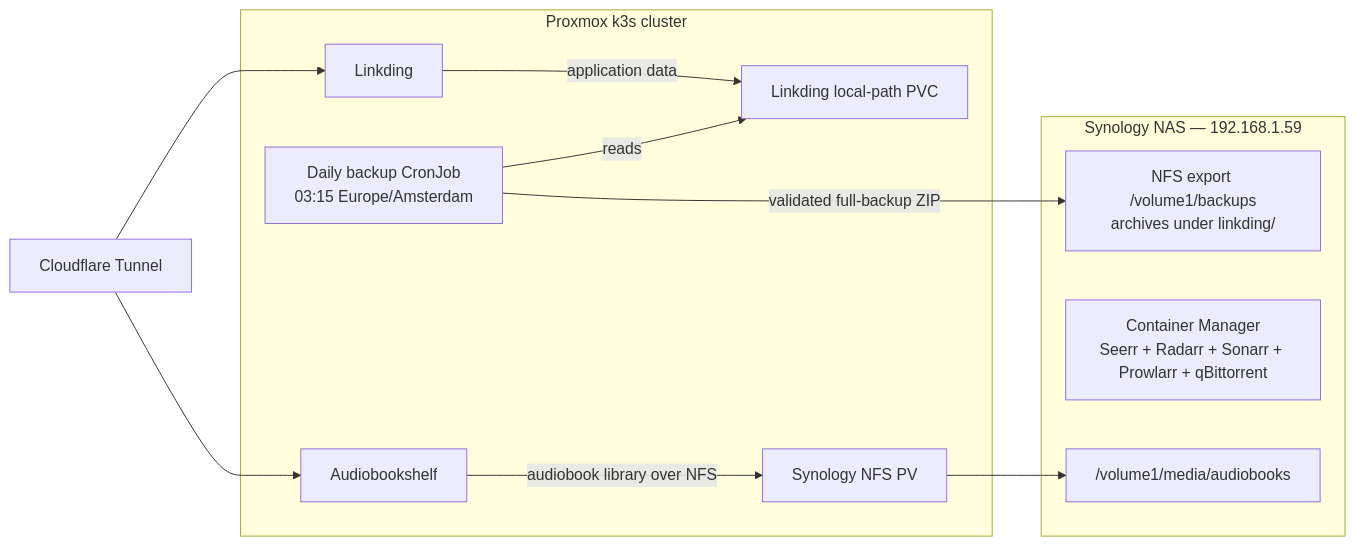
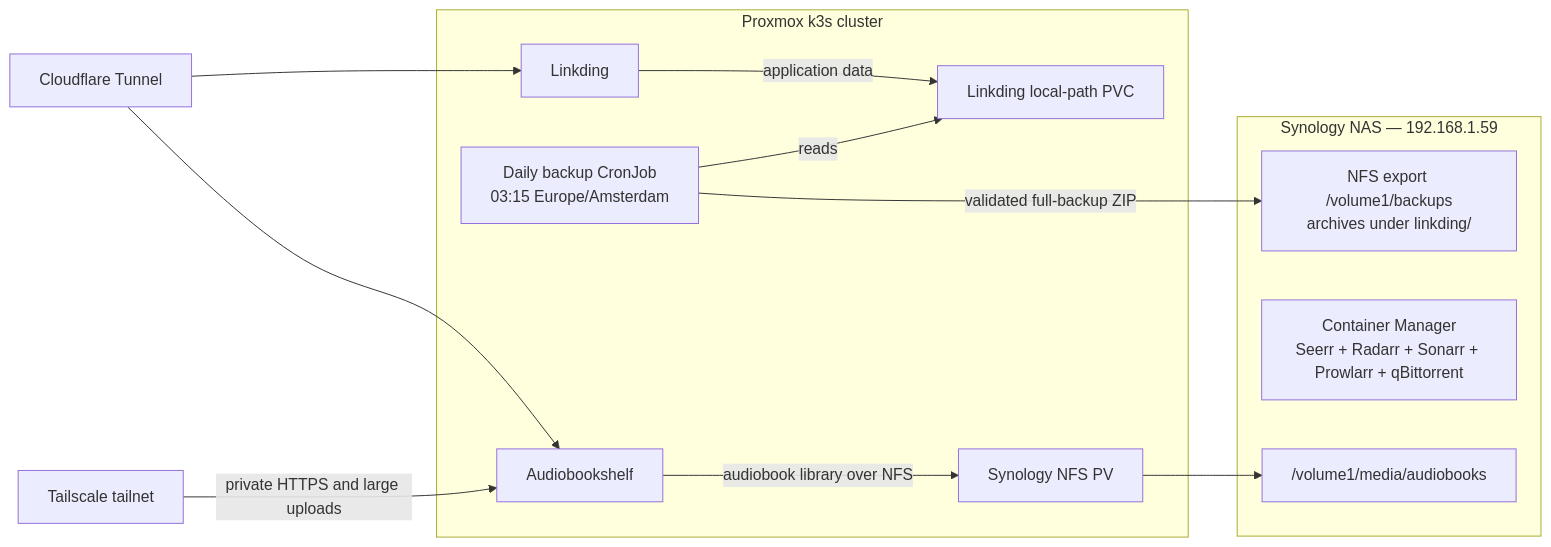
Before and after one commit to vitaly-guzun/raspberry-pi-cluster: the second of 2 diagrams in README.md, drawn with Mermaid. The commit also changed other lines of this file, not shown here.

Commit message:
docs: document private Audiobookshelf access

````diff
--- a/README.md
+++ b/README.md
@@ -71,21 +72,23 @@
 ```mermaid
 flowchart LR
     Cloudflare["Cloudflare Tunnel"]
+    Tailscale["Tailscale tailnet"]
 
     subgraph K3s["Proxmox k3s cluster"]
         Linkding["Linkding"] -->|"application data"| LinkdingPVC["Linkding local-path PVC"]
         Backup["Daily backup CronJob<br/>03:15 Europe/Amsterdam"] -->|"reads"| LinkdingPVC
         Audiobookshelf["Audiobookshelf"] -->|"audiobook library over NFS"| AudiobooksNFS["Synology NFS PV"]
     end
 
     subgraph NAS["Synology NAS — 192.168.1.59"]
         NFS["NFS export /volume1/backups<br/>archives under linkding/"]
         Media["Container Manager<br/>Seerr + Radarr + Sonarr + Prowlarr + qBittorrent"]
         Audiobooks["/volume1/media/audiobooks"]
     end
 
     Cloudflare --> Linkding
     Cloudflare --> Audiobookshelf
+    Tailscale -->|"private HTTPS and large uploads"| Audiobookshelf
     Backup -->|"validated full-backup ZIP"| NFS
     AudiobooksNFS --> Audiobooks
 ```
````
